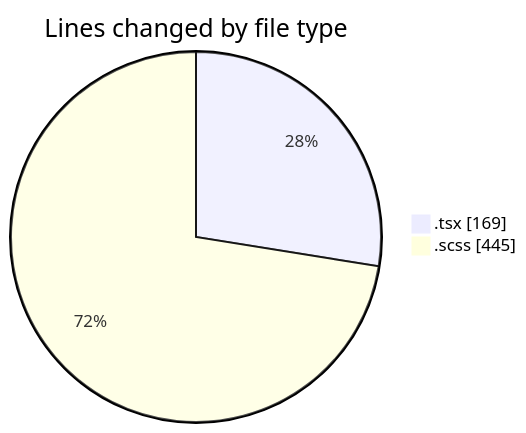
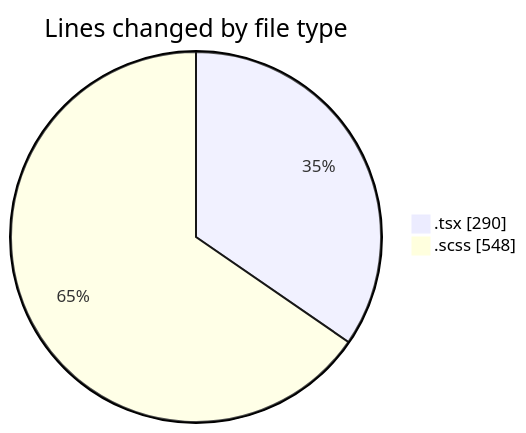
Before and after one commit to momahboobian/code-tracking: the first of 2 diagrams in 2025-09-19/cda/README.md, drawn with Mermaid. The commit also changed other lines of this file and 1 other file, not shown here.

````diff
--- a/2025-09-19/cda/README.md
+++ b/2025-09-19/cda/README.md
@@ -21,6 +21,6 @@
 ```mermaid
 pie showData
 title Lines changed by file type
-".tsx" : 169
-".scss" : 445
+".tsx" : 290
+".scss" : 548
 ```
````
